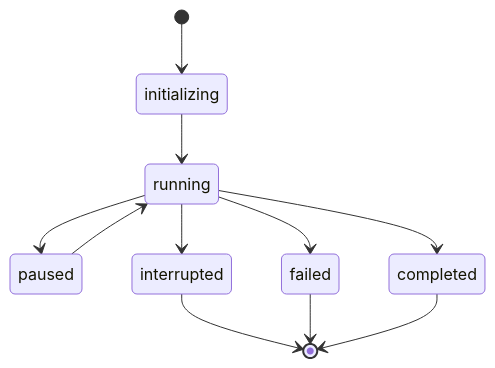
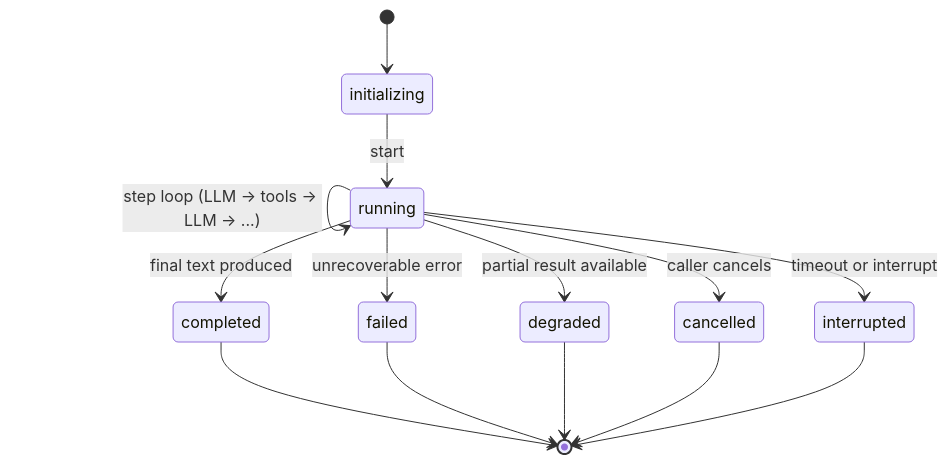
One commit to Luseefor/afk changed the diagram in docs/library/core-runner.mdx. Above: the diagram before and after it, drawn with Mermaid. The commit also changed other lines of this file and 50 other files, not shown here.

````diff
--- a/docs/library/core-runner.mdx
+++ b/docs/library/core-runner.mdx
@@ -14,13 +65,16 @@
 ```mermaid
 stateDiagram-v2
     [*] --> initializing
-    initializing --> running
-    running --> paused
-    paused --> running
-    running --> interrupted
-    running --> failed
-    running --> completed
+    initializing --> running: start
+    running --> running: step loop (LLM → tools → LLM → ...)
+    running --> completed: final text produced
+    running --> failed: unrecoverable error
+    running --> degraded: partial result available
+    running --> cancelled: caller cancels
+    running --> interrupted: timeout or interrupt
+    completed --> [*]
+    failed --> [*]
+    degraded --> [*]
+    cancelled --> [*]
     interrupted --> [*]
-    failed --> [*]
-    completed --> [*]
 ```
````
